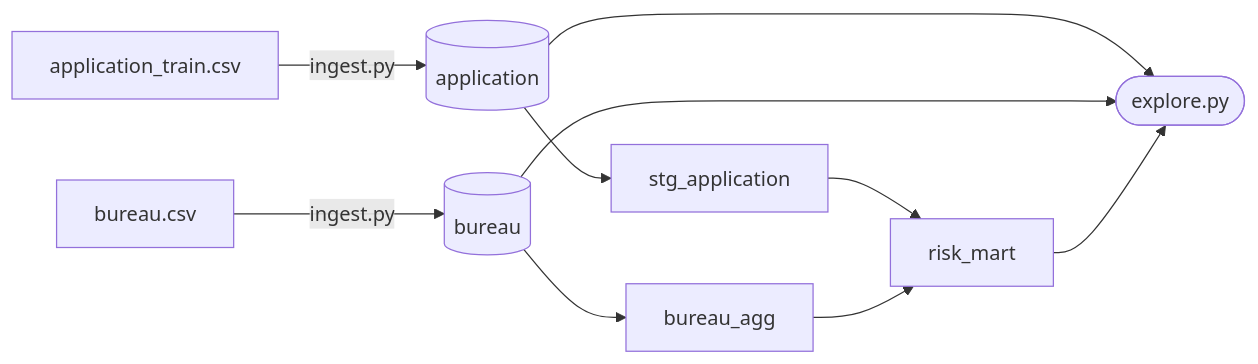
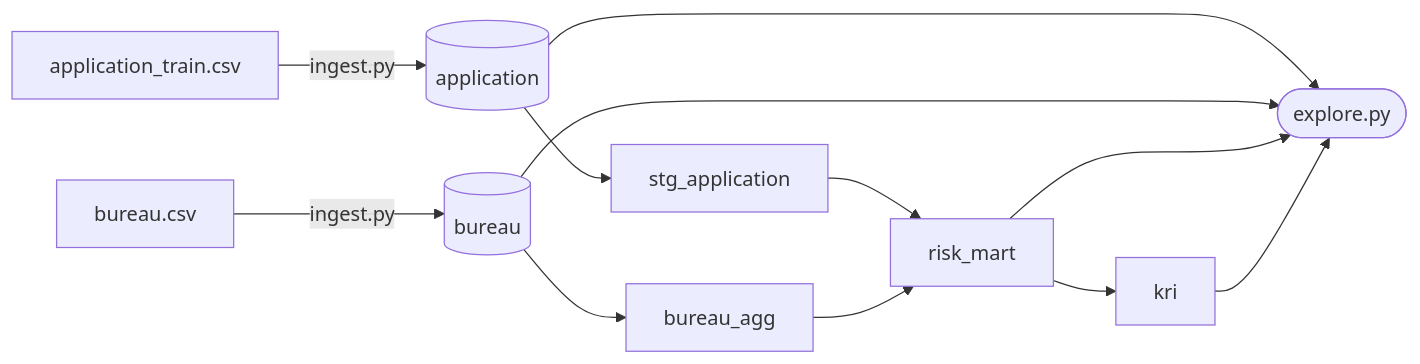
One commit to SookyungChang/CreditRisk changed the diagram in README.md. Above: the diagram before and after it, drawn with Mermaid. The commit also changed other lines of this file, not shown here.

Commit message:
Document the kri model, its tests and assumptions, and the new exploration findings in the README

````diff
--- a/README.md
+++ b/README.md
@@ -118,12 +121,14 @@
 ```mermaid
 flowchart LR
     app_csv[application_train.csv] -->|ingest.py| application[(application)]
     bureau_csv[bureau.csv] -->|ingest.py| bureau[(bureau)]
     application --> stg_application[stg_application]
     bureau --> bureau_agg[bureau_agg]
     stg_application --> risk_mart[risk_mart]
     bureau_agg --> risk_mart
+    risk_mart --> kri[kri]
     application --> explore([explore.py])
     bureau --> explore
     risk_mart --> explore
+    kri --> explore
 ```
````
